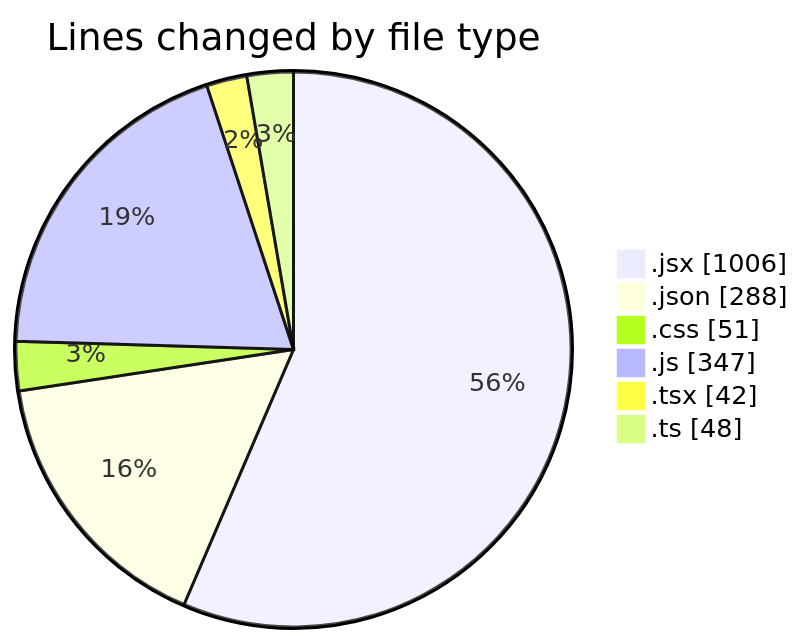
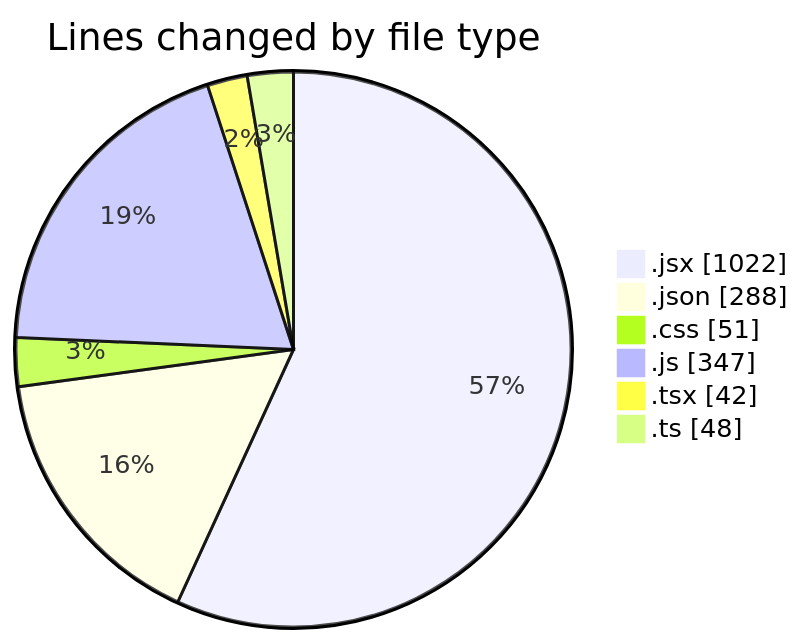
The first of 2 diagrams in 2026-03-19/commonwealth-front-end-task/README.md (momahboobian/code-tracking), drawn with Mermaid before and after one commit. The commit also changed other lines of this file and 1 other file, not shown here.

````diff
--- a/2026-03-19/commonwealth-front-end-task/README.md
+++ b/2026-03-19/commonwealth-front-end-task/README.md
@@ -39,10 +39,10 @@
 ```mermaid
 pie showData
 title Lines changed by file type
-".jsx" : 1006
+".jsx" : 1022
 ".json" : 288
 ".css" : 51
 ".js" : 347
 ".tsx" : 42
 ".ts" : 48
 ```
````
